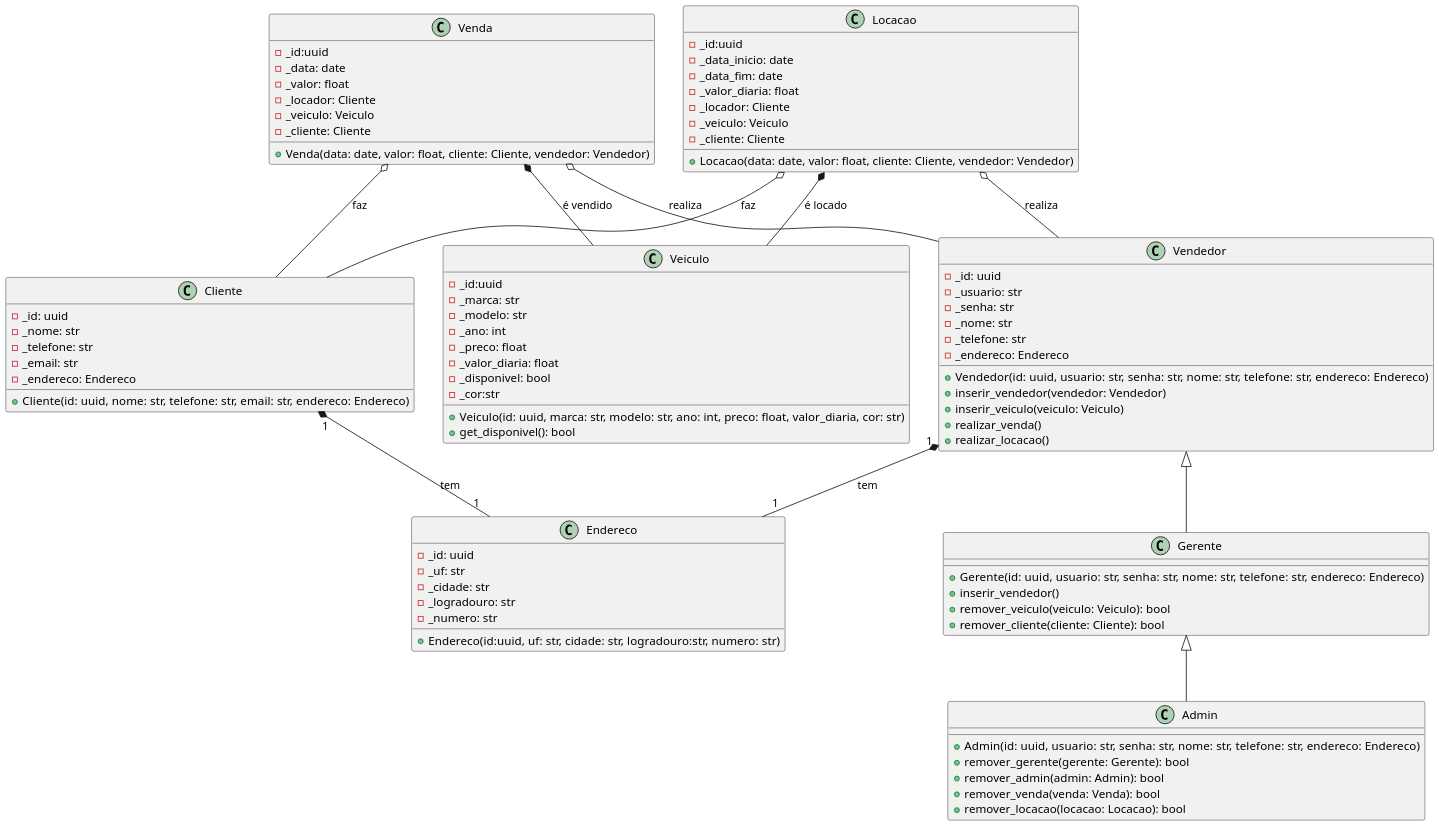
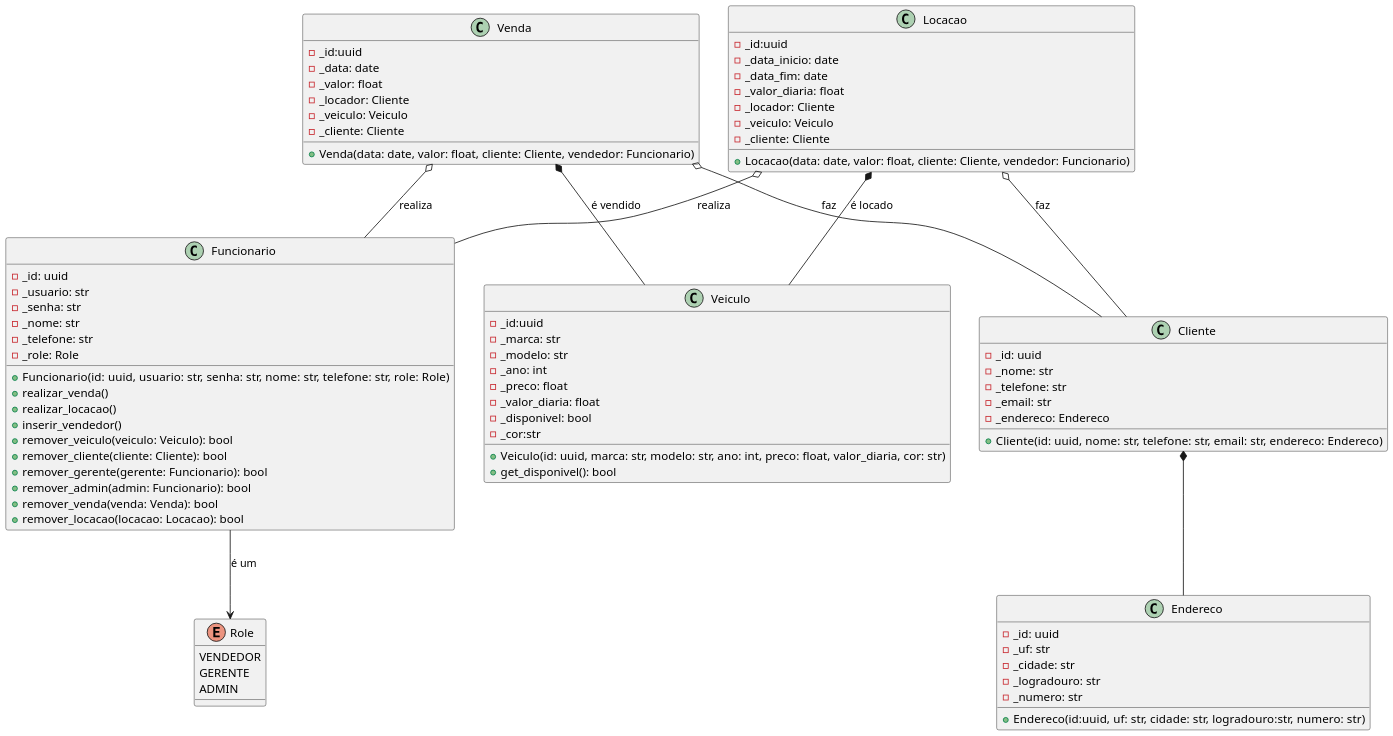
One commit to gabrielraulino/DS-Persist-SmartAuto changed the diagram in Modelagem/Model.puml. Above: the diagram before and after it, drawn with PlantUML. The commit also changed 1 other file, not shown here.

Commit message:
docs(modelagem): refatoração da modelagem criação de enum role

```diff
--- a/Modelagem/Model.puml
+++ b/Modelagem/Model.puml
@@ -1,105 +1,95 @@
 @startuml SmartAuto
 skinparam defaultFontName Hasklig
 skinparam dpi 150
 
-class Vendedor {
+enum Role {
+  VENDEDOR
+  GERENTE
+  ADMIN
+}
+
+class Funcionario {
   -_id: uuid
   -_usuario: str
   -_senha: str
   -_nome: str
   -_telefone: str
-  -_endereco: Endereco
+  -_role: Role
 
-  +Vendedor(id: uuid, usuario: str, senha: str, nome: str, telefone: str, endereco: Endereco)
-  +inserir_vendedor(vendedor: Vendedor)
-  +inserir_veiculo(veiculo: Veiculo)
+  +Funcionario(id: uuid, usuario: str, senha: str, nome: str, telefone: str, role: Role)
   +realizar_venda()
   +realizar_locacao()
-}
-
-
-class Gerente {
-  +Gerente(id: uuid, usuario: str, senha: str, nome: str, telefone: str, endereco: Endereco)
   +inserir_vendedor()
   +remover_veiculo(veiculo: Veiculo): bool
   +remover_cliente(cliente: Cliente): bool
-}
-
-class Admin {
-  +Admin(id: uuid, usuario: str, senha: str, nome: str, telefone: str, endereco: Endereco)
-  +remover_gerente(gerente: Gerente): bool
-  +remover_admin(admin: Admin): bool
+  +remover_gerente(gerente: Funcionario): bool
+  +remover_admin(admin: Funcionario): bool
   +remover_venda(venda: Venda): bool
   +remover_locacao(locacao: Locacao): bool
 }
-
+Funcionario --> Role : "é um"
 class Cliente {
   -_id: uuid
   -_nome: str
   -_telefone: str
   -_email: str
   -_endereco: Endereco
   
   +Cliente(id: uuid, nome: str, telefone: str, email: str, endereco: Endereco)
-  
 }
 
 class Endereco{
   -_id: uuid
   -_uf: str
   -_cidade: str
   -_logradouro: str
   -_numero: str
   +Endereco(id:uuid, uf: str, cidade: str, logradouro:str, numero: str)
 }
+
 class Venda {
   -_id:uuid
   -_data: date
   -_valor: float
   -_locador: Cliente
   -_veiculo: Veiculo
   -_cliente: Cliente
 
-  +Venda(data: date, valor: float, cliente: Cliente, vendedor: Vendedor)
+  +Venda(data: date, valor: float, cliente: Cliente, vendedor: Funcionario)
 }
 
 class Locacao {
   -_id:uuid
   -_data_inicio: date
   -_data_fim: date
   -_valor_diaria: float
   -_locador: Cliente
   -_veiculo: Veiculo
   -_cliente: Cliente
 
-  +Locacao(data: date, valor: float, cliente: Cliente, vendedor: Vendedor)
+  +Locacao(data: date, valor: float, cliente: Cliente, vendedor: Funcionario)
 }
+
 class Veiculo {
   -_id:uuid
   -_marca: str
   -_modelo: str
   -_ano: int
   -_preco: float
   -_valor_diaria: float
   -_disponivel: bool
   -_cor:str
   +Veiculo(id: uuid, marca: str, modelo: str, ano: int, preco: float, valor_diaria, cor: str)
   +get_disponivel(): bool
 }
 
-
-
-
-Vendedor <|-- Gerente
-Gerente <|-- Admin 
 Venda *-- Veiculo : "é vendido"
 Venda o-- Cliente : "faz"
-Venda o-- Vendedor : "realiza"
+Venda o-- Funcionario : "realiza"
 
 Locacao *-- Veiculo : "é locado"
 Locacao o-- Cliente : "faz"
-Locacao o-- Vendedor : "realiza"
+Locacao o-- Funcionario : "realiza"
 
-Cliente "1"*-- "1"Endereco : "tem"
-Vendedor "1"*-- "1" Endereco : "tem"
+Cliente *-- Endereco
 @enduml
```
